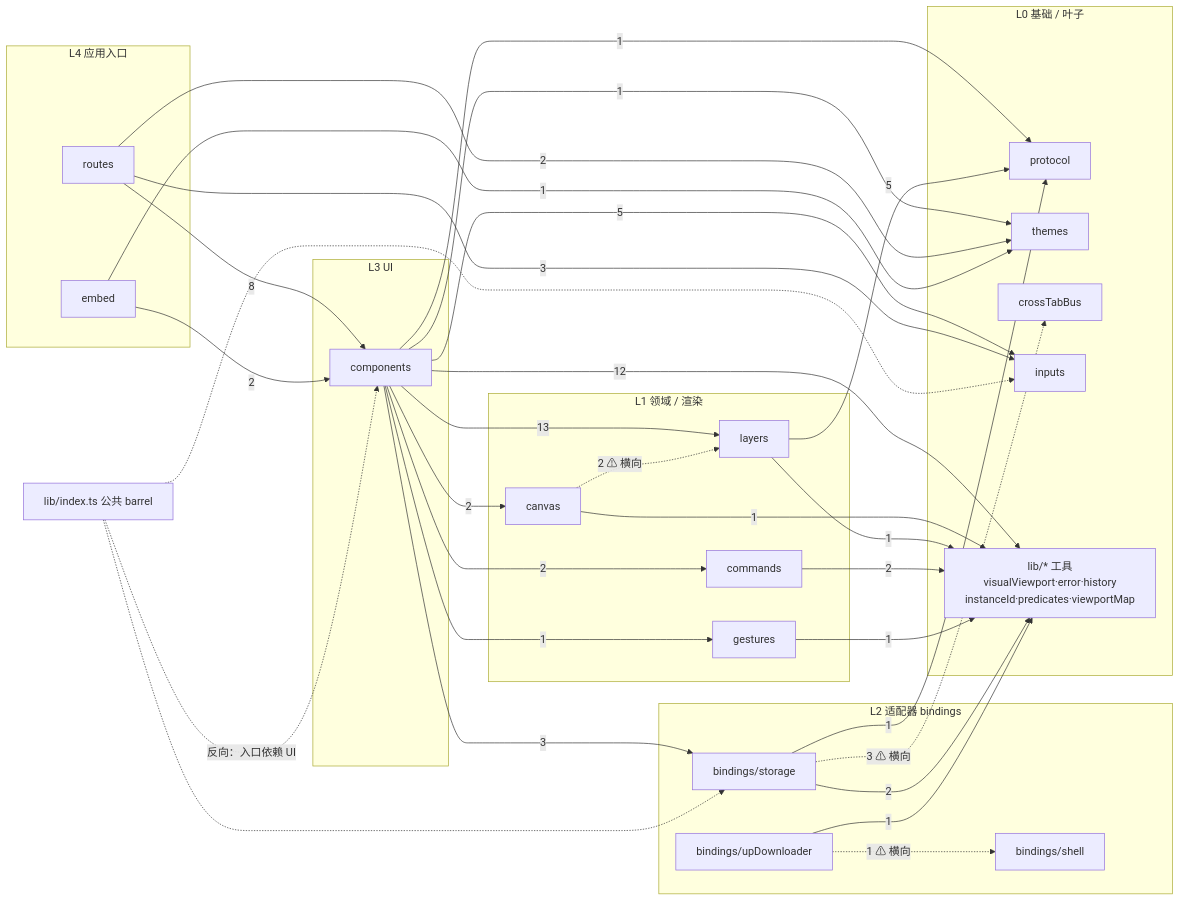
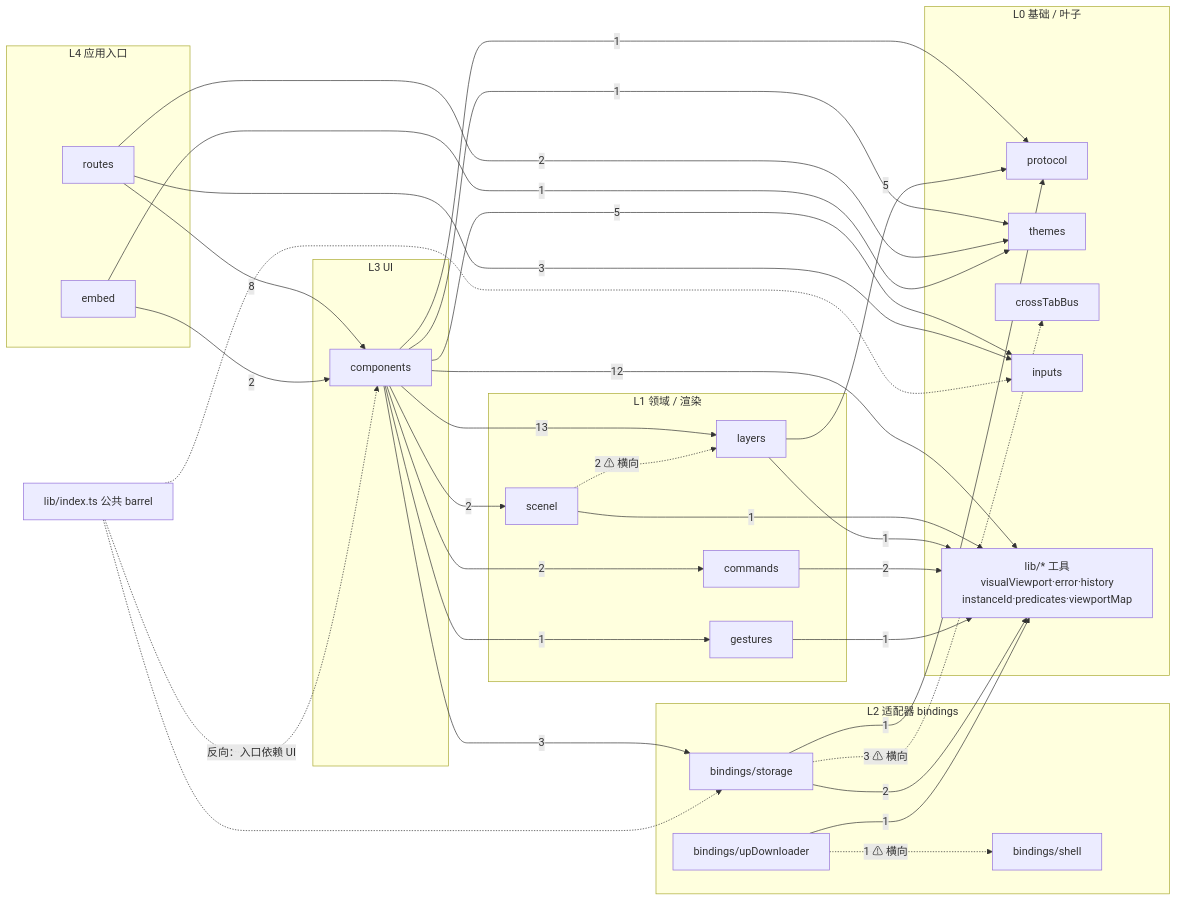
The diagram in ARCHITECTURE.md (AClon314/gpen-js), drawn with Mermaid before and after one commit. The commit also changed other lines of this file and 9 other files, not shown here.

First line of the commit message:
refactor(scenel): 将 canvas 目录更名为 scenel

````diff
--- a/ARCHITECTURE.md
+++ b/ARCHITECTURE.md
@@ -77,59 +95,59 @@
 ```mermaid
 flowchart LR
   subgraph L0["L0 基础 / 叶子"]
     protocol["protocol"]
     themes["themes"]
     bus["crossTabBus"]
     inputs["inputs"]
     utils["lib/* 工具<br/>visualViewport·error·history<br/>instanceId·predicates·viewportMap"]
   end
   subgraph L1["L1 领域 / 渲染"]
     layers["layers"]
-    canvas["canvas"]
+    scenel["scenel"]
     commands["commands"]
     gestures["gestures"]
   end
   subgraph L2["L2 适配器 bindings"]
     storage["bindings/storage"]
     updown["bindings/upDownloader"]
     shell["bindings/shell"]
   end
   subgraph L3["L3 UI"]
     components["components"]
   end
   subgraph L4["L4 应用入口"]
     routes["routes"]
     embed["embed"]
   end
 
   components -->|13| layers
   components -->|12| utils
   components -->|5| inputs
   components -->|3| storage
-  components -->|2| canvas
+  components -->|2| scenel
   components -->|2| commands
   components -->|1| gestures
   components -->|1| protocol
   components -->|1| themes
-  canvas -->|1| utils
+  scenel -->|1| utils
   layers -->|5| protocol
   layers -->|1| utils
   commands -->|2| utils
   gestures -->|1| utils
   storage -->|1| protocol
   storage -->|2| utils
   updown -->|1| utils
   routes -->|8| components
   routes -->|3| inputs
   routes -->|2| themes
   embed -->|2| components
   embed -->|1| themes
 
   storage -.->|"3 ⚠ 横向"| bus
-  canvas -.->|"2 ⚠ 横向"| layers
+  scenel -.->|"2 ⚠ 横向"| layers
   updown -.->|"1 ⚠ 横向"| shell
 
   barrel["lib/index.ts 公共 barrel"] -.->|"反向：入口依赖 UI"| components
   barrel -.-> inputs
   barrel -.-> storage
 ```
````
